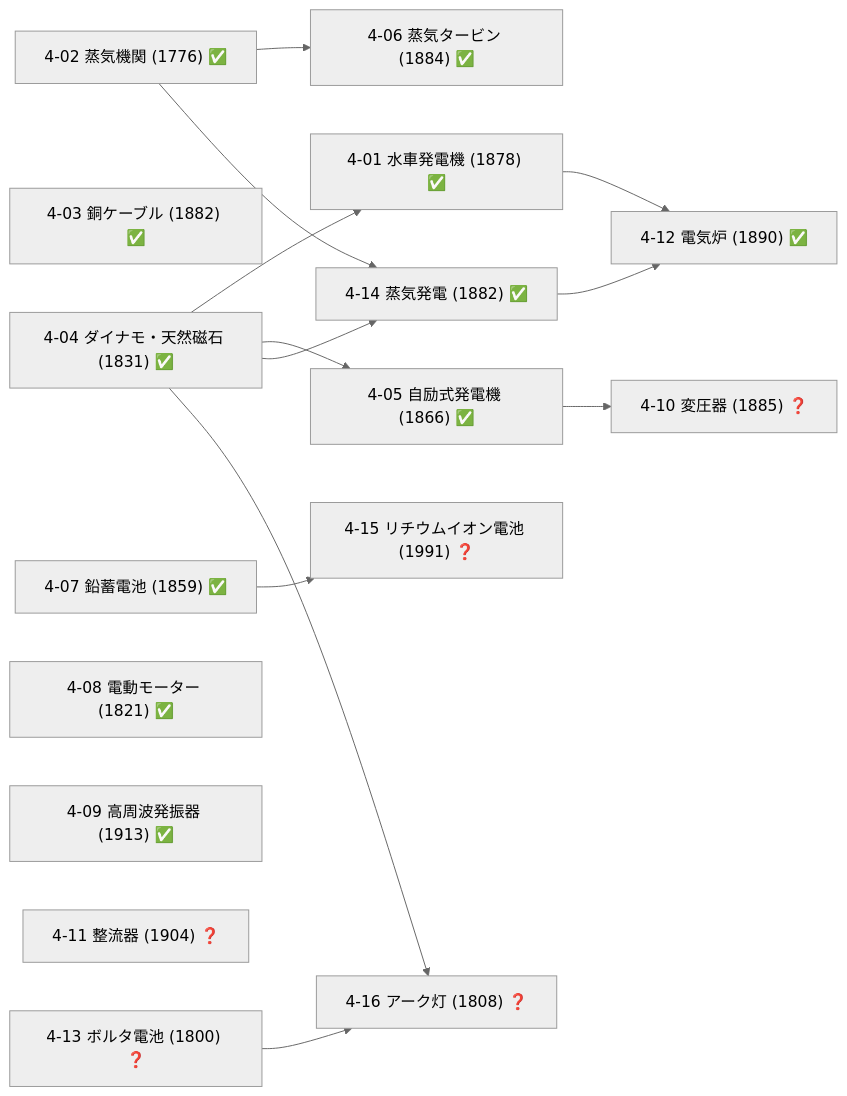
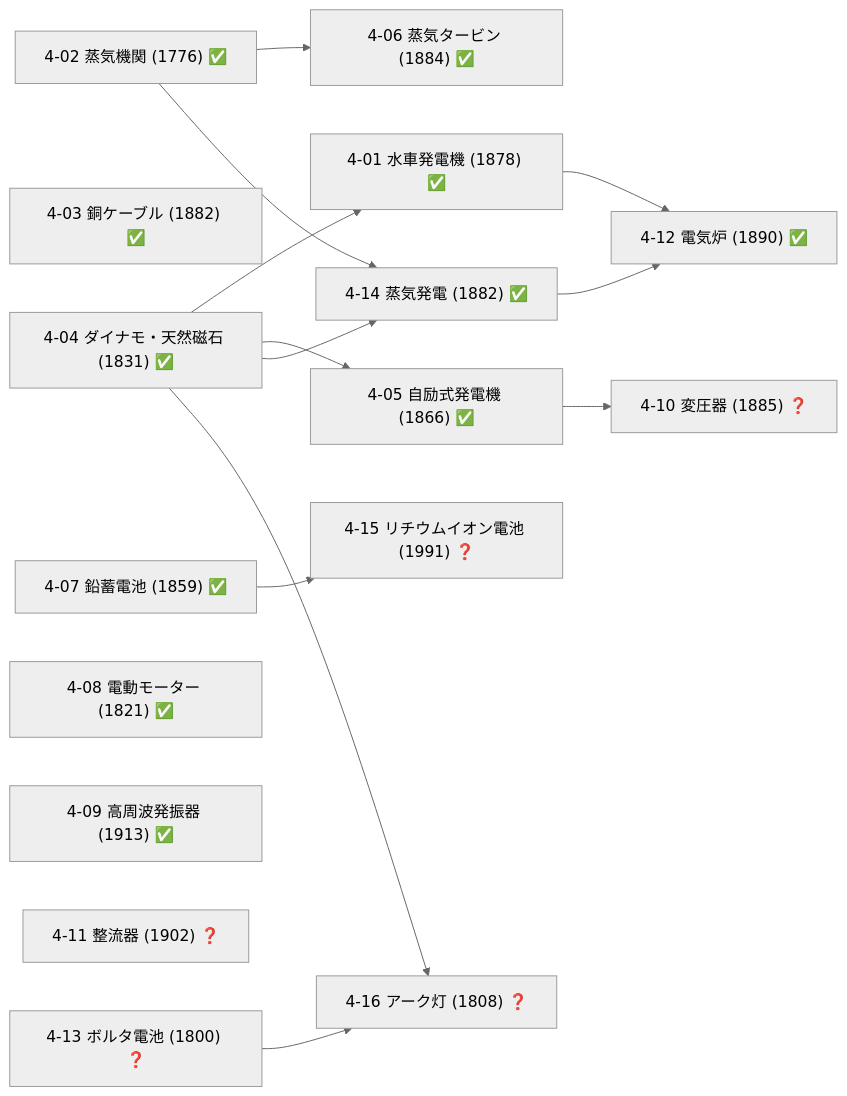
Before and after one commit to taku3i0317-collab/semiconductor-lab: the seventh of 19 diagrams in docs/TECH_TREE_VIEW.md, drawn with Mermaid (neutral theme). The commit also changed other lines of this file and 32 other files, not shown here.

````diff
--- a/docs/TECH_TREE_VIEW.md
+++ b/docs/TECH_TREE_VIEW.md
@@ -358,30 +358,30 @@
 ```mermaid
 graph LR
   n4_01["4-01 水車発電機 (1878) ✅"]
   n4_02["4-02 蒸気機関 (1776) ✅"]
   n4_03["4-03 銅ケーブル (1882) ✅"]
   n4_04["4-04 ダイナモ・天然磁石 (1831) ✅"]
   n4_05["4-05 自励式発電機 (1866) ✅"]
   n4_06["4-06 蒸気タービン (1884) ✅"]
   n4_07["4-07 鉛蓄電池 (1859) ✅"]
   n4_08["4-08 電動モーター (1821) ✅"]
   n4_09["4-09 高周波発振器 (1913) ✅"]
   n4_10["4-10 変圧器 (1885) ❓"]
-  n4_11["4-11 整流器 (1904) ❓"]
+  n4_11["4-11 整流器 (1902) ❓"]
   n4_12["4-12 電気炉 (1890) ✅"]
   n4_13["4-13 ボルタ電池 (1800) ❓"]
   n4_14["4-14 蒸気発電 (1882) ✅"]
   n4_15["4-15 リチウムイオン電池 (1991) ❓"]
   n4_16["4-16 アーク灯 (1808) ❓"]
   n4_04-->n4_01
   n4_04-->n4_05
   n4_02-->n4_06
   n4_05-->n4_10
   n4_01-->n4_12
   n4_14-->n4_12
   n4_02-->n4_14
   n4_04-->n4_14
   n4_07-->n4_15
   n4_04-->n4_16
   n4_13-->n4_16
 ```
````
